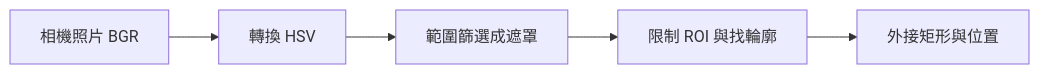
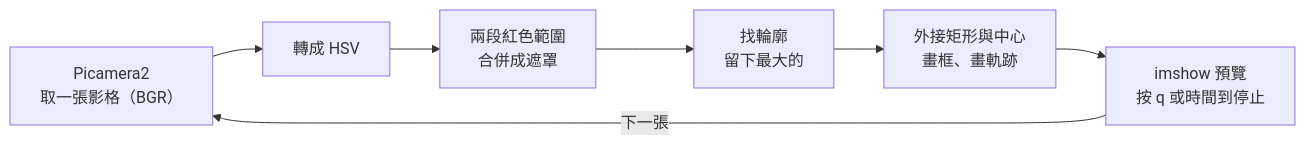
Before and after one commit to Samuel-ncu/BA5077-RP5-compatibility: the diagram in 教材/第 28 課｜使用 Picamera2 和 OpenCV 實現顏色檢測與物體追蹤.md, drawn with Mermaid. The commit also changed other lines of this file and 34 other files, not shown here.

````diff
--- a/教材/第 28 課｜使用 Picamera2 和 OpenCV 實現顏色檢測與物體追蹤.md
+++ b/教材/第 28 課｜使用 Picamera2 和 OpenCV 實現顏色檢測與物體追蹤.md
@@ -25,7 +28,9 @@
 ```mermaid
 flowchart LR
-    A[相機照片 BGR] --> B[轉換 HSV]
-    B --> C[範圍篩選成遮罩]
-    C --> D[限制 ROI 與找輪廓]
-    D --> E[外接矩形與位置]
+    A["Picamera2<br/>取一張影格（BGR）"] --> B["轉成 HSV"]
+    B --> C["兩段紅色範圍<br/>合併成遮罩"]
+    C --> D["找輪廓<br/>留下最大的"]
+    D --> E["外接矩形與中心<br/>畫框、畫軌跡"]
+    E --> F["imshow 預覽<br/>按 q 或時間到停止"]
+    F -->|"下一張"| A
 ```
````
